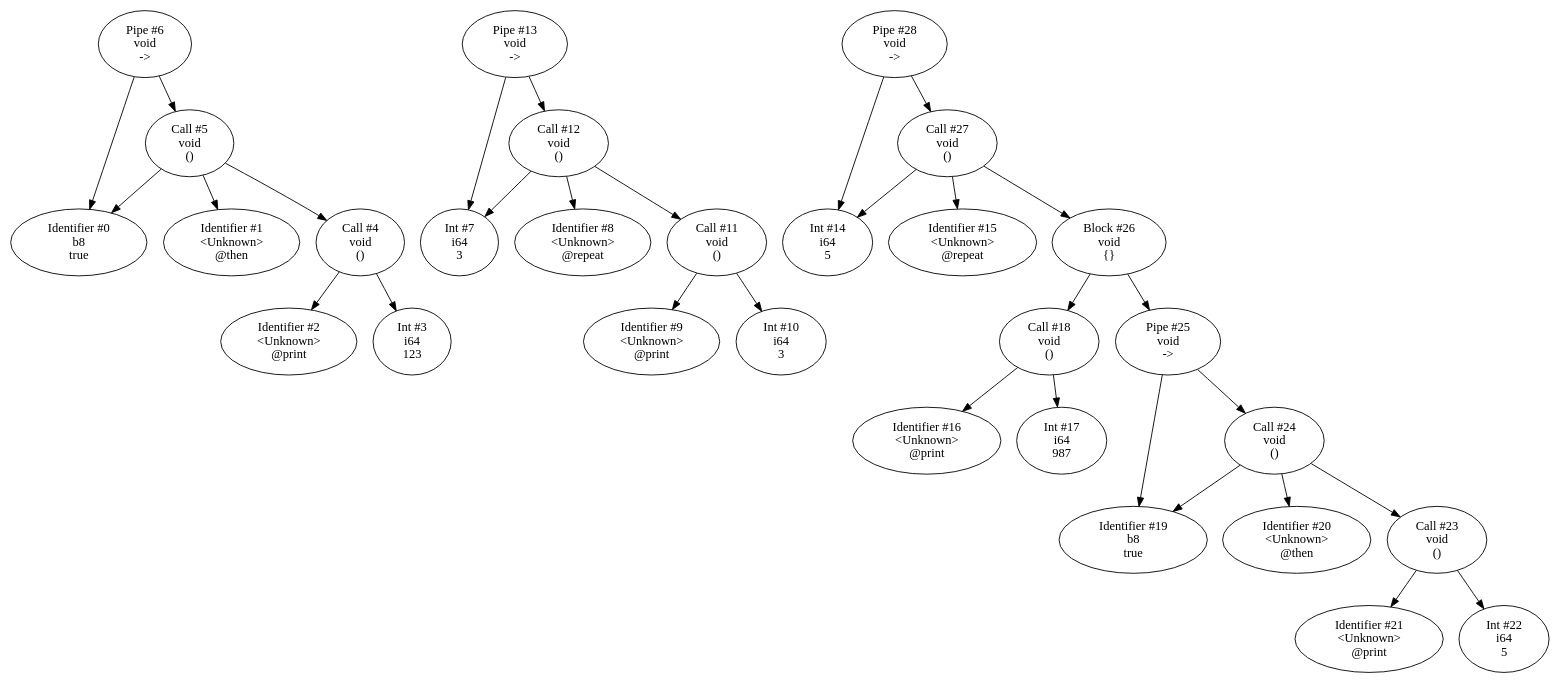
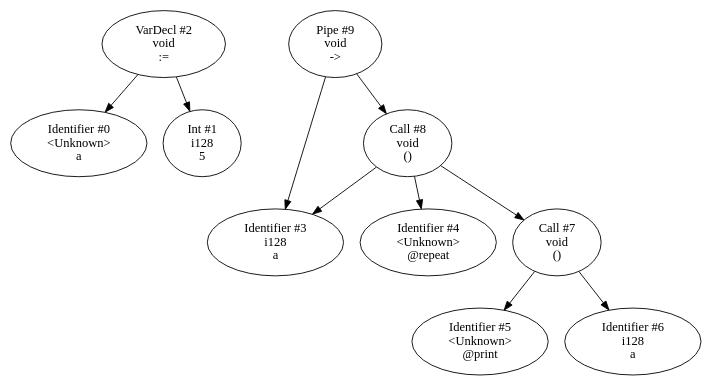
Before and after one commit to Nimaoth/OrbitLang: the diagram in examples/test.orb.gv, drawn with Graphviz. The commit also changed 7 other files, not shown here.

```diff
--- a/examples/test.orb.gv
+++ b/examples/test.orb.gv
@@ -1,32 +1,11 @@
 digraph Ast {
-    "Pipe #6\nvoid\n->" -> "Identifier #0\nb8\ntrue"
-    "Pipe #6\nvoid\n->" -> "Call #5\nvoid\n()"
-    "Call #5\nvoid\n()" -> "Identifier #1\n<Unknown>\n@then"
-    "Call #5\nvoid\n()" -> "Call #4\nvoid\n()"
-    "Call #4\nvoid\n()" -> "Identifier #2\n<Unknown>\n@print"
-    "Call #4\nvoid\n()" -> "Int #3\ni64\n123"
-    "Call #5\nvoid\n()" -> "Identifier #0\nb8\ntrue"
-    "Pipe #13\nvoid\n->" -> "Int #7\ni64\n3"
-    "Pipe #13\nvoid\n->" -> "Call #12\nvoid\n()"
-    "Call #12\nvoid\n()" -> "Identifier #8\n<Unknown>\n@repeat"
-    "Call #12\nvoid\n()" -> "Call #11\nvoid\n()"
-    "Call #11\nvoid\n()" -> "Identifier #9\n<Unknown>\n@print"
-    "Call #11\nvoid\n()" -> "Int #10\ni64\n3"
-    "Call #12\nvoid\n()" -> "Int #7\ni64\n3"
-    "Pipe #28\nvoid\n->" -> "Int #14\ni64\n5"
-    "Pipe #28\nvoid\n->" -> "Call #27\nvoid\n()"
-    "Call #27\nvoid\n()" -> "Identifier #15\n<Unknown>\n@repeat"
-    "Call #27\nvoid\n()" -> "Block #26\nvoid\n{}"
-    "Block #26\nvoid\n{}" -> "Call #18\nvoid\n()"
-    "Call #18\nvoid\n()" -> "Identifier #16\n<Unknown>\n@print"
-    "Call #18\nvoid\n()" -> "Int #17\ni64\n987"
-    "Block #26\nvoid\n{}" -> "Pipe #25\nvoid\n->"
-    "Pipe #25\nvoid\n->" -> "Identifier #19\nb8\ntrue"
-    "Pipe #25\nvoid\n->" -> "Call #24\nvoid\n()"
-    "Call #24\nvoid\n()" -> "Identifier #20\n<Unknown>\n@then"
-    "Call #24\nvoid\n()" -> "Call #23\nvoid\n()"
-    "Call #23\nvoid\n()" -> "Identifier #21\n<Unknown>\n@print"
-    "Call #23\nvoid\n()" -> "Int #22\ni64\n5"
-    "Call #24\nvoid\n()" -> "Identifier #19\nb8\ntrue"
-    "Call #27\nvoid\n()" -> "Int #14\ni64\n5"
+    "VarDecl #2\nvoid\n:=" -> "Identifier #0\n<Unknown>\na"
+    "VarDecl #2\nvoid\n:=" -> "Int #1\ni128\n5"
+    "Pipe #9\nvoid\n->" -> "Identifier #3\ni128\na"
+    "Pipe #9\nvoid\n->" -> "Call #8\nvoid\n()"
+    "Call #8\nvoid\n()" -> "Identifier #4\n<Unknown>\n@repeat"
+    "Call #8\nvoid\n()" -> "Call #7\nvoid\n()"
+    "Call #7\nvoid\n()" -> "Identifier #5\n<Unknown>\n@print"
+    "Call #7\nvoid\n()" -> "Identifier #6\ni128\na"
+    "Call #8\nvoid\n()" -> "Identifier #3\ni128\na"
 }
```
